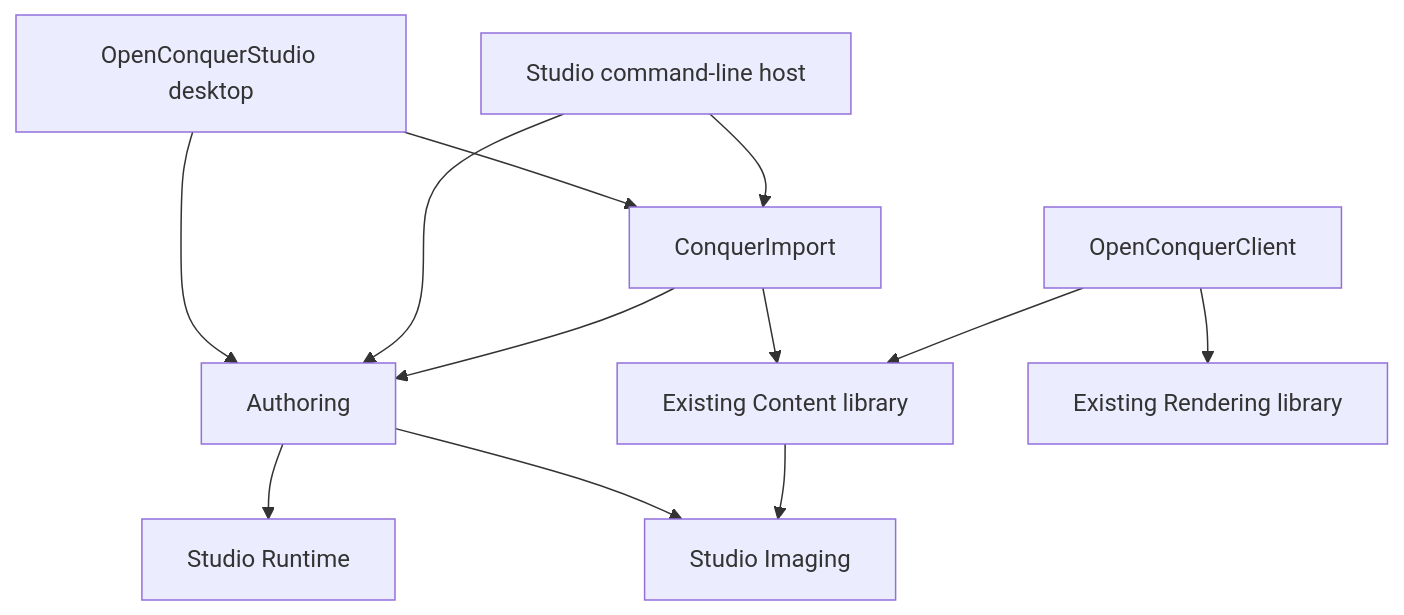
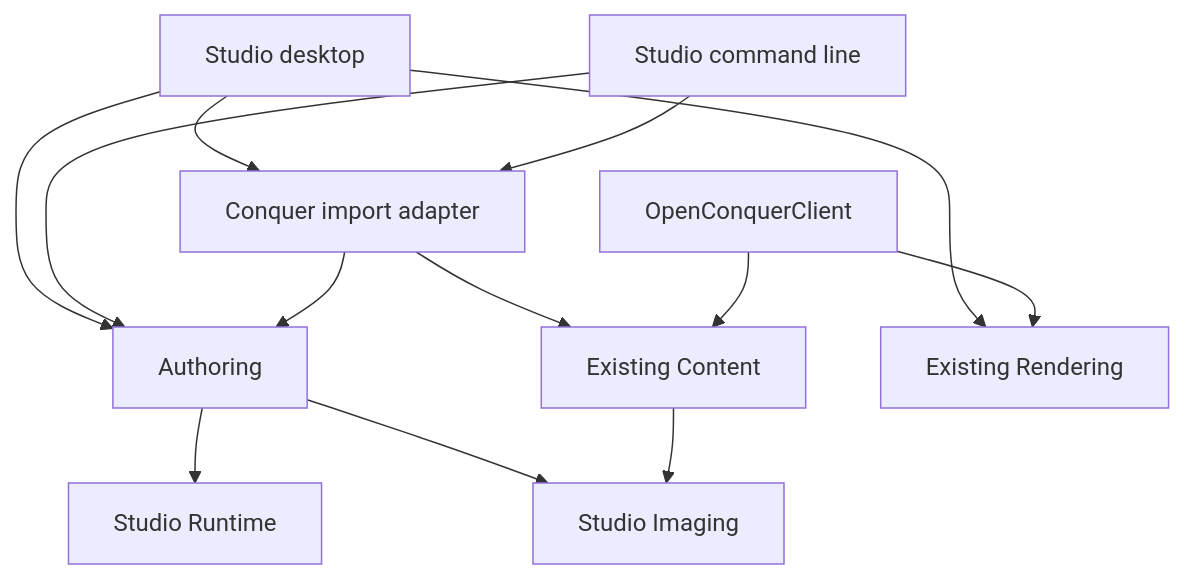
The diagram in docs/studio/architecture.md (berniemackie97/OpenConquerClient), drawn with Mermaid before and after one commit. The commit also changed other lines of this file and 69 other files, not shown here.

Commit message:
Connect Studio projects to client content and shared rendering

````diff
--- a/docs/studio/architecture.md
+++ b/docs/studio/architecture.md
@@ -8,14 +7,15 @@
 ```mermaid
 flowchart TD
-    Desktop[OpenConquerStudio desktop] --> Authoring[Authoring]
-    CLI[Studio command-line host] --> Authoring
-    Desktop --> Adapter[ConquerImport]
+    Desktop[Studio desktop] --> Authoring
+    CLI[Studio command line] --> Authoring
+    Desktop --> Adapter[Conquer import adapter]
     CLI --> Adapter
     Adapter --> Authoring
-    Adapter --> Content[Existing Content library]
+    Adapter --> Content[Existing Content]
     Authoring --> Runtime[Studio Runtime]
     Authoring --> Imaging[Studio Imaging]
     Content --> Imaging
-    Game[OpenConquerClient] --> Content
-    Game --> Renderer[Existing Rendering library]
+    Desktop --> Rendering[Existing Rendering]
+    Game[OpenConquerClient] --> Rendering
+    Game --> Content
 ```
````
